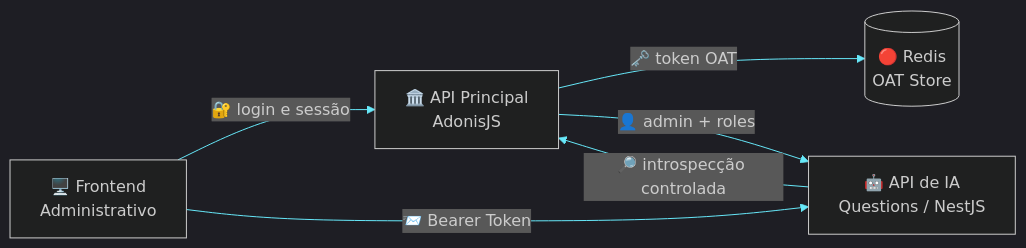
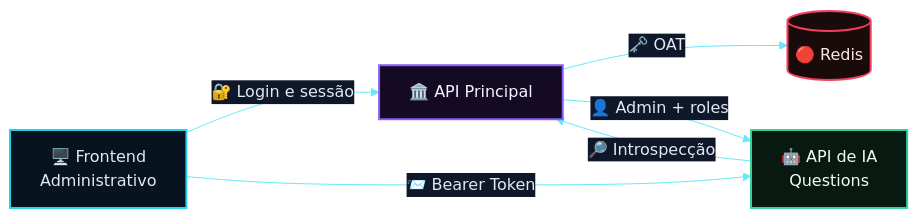
One commit to matheusdiamantino-betalent/IA changed the first of 10 diagrams in RFC-0001-Auth.md. Above: the diagram before and after it, drawn with Mermaid. The commit also changed other lines of this file, not shown here.

````diff
--- a/RFC-0001-Auth.md
+++ b/RFC-0001-Auth.md
@@ -314,26 +293,31 @@
 ```mermaid
-%%{init: {'theme':'dark','themeVariables': {
+%%{init: {'theme':'base','themeVariables': {
   'background':'#020617',
-  'primaryColor':'#0f172a',
+  'primaryColor':'#081120',
   'primaryTextColor':'#e2e8f0',
   'primaryBorderColor':'#22d3ee',
   'lineColor':'#67e8f9',
-  'secondaryColor':'#111827',
-  'tertiaryColor':'#1e293b',
-  'clusterBkg':'#0b1120',
-  'clusterBorder':'#38bdf8',
+  'secondaryColor':'#0f172a',
+  'tertiaryColor':'#111827',
+  'clusterBkg':'#050b16',
+  'clusterBorder':'#8b5cf6',
   'fontFamily':'Inter, Segoe UI, Arial',
-  'fontSize':'16px'
+  'nodeBorder':'#22d3ee'
 }}}%%
 flowchart LR
     FE["🖥️ Frontend<br/>Administrativo"]
-    AP["🏛️ API Principal<br/>AdonisJS"]
-    RD[("🔴 Redis<br/>OAT Store")]
-    IA["🤖 API de IA<br/>Questions / NestJS"]
+    AP["🏛️ API Principal"]
+    RD[("🔴 Redis")]
+    IA["🤖 API de IA<br/>Questions"]
 
-    FE -->|"🔐 login e sessão"| AP
-    AP -->|"🗝️ token OAT"| RD
+    FE -->|"🔐 Login e sessão"| AP
+    AP -->|"🗝️ OAT"| RD
     FE -->|"📨 Bearer Token"| IA
-    IA -->|"🔎 introspecção controlada"| AP
-    AP -->|"👤 admin + roles"| IA
+    IA -->|"🔎 Introspecção"| AP
+    AP -->|"👤 Admin + roles"| IA
+
+    style FE fill:#07131f,stroke:#22d3ee,stroke-width:2px,color:#e2e8f0
+    style AP fill:#140a24,stroke:#8b5cf6,stroke-width:2px,color:#f5f3ff
+    style RD fill:#1a0b0b,stroke:#f43f5e,stroke-width:2px,color:#ffe4e6
+    style IA fill:#071910,stroke:#34d399,stroke-width:2px,color:#ecfdf5
 ```
````
